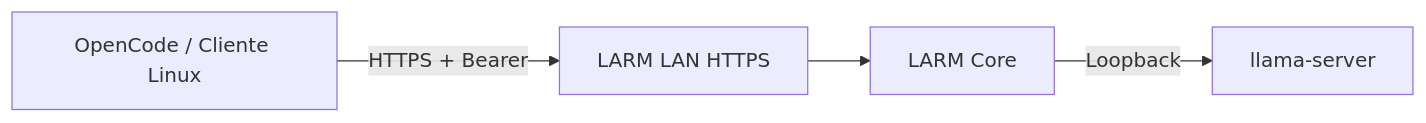
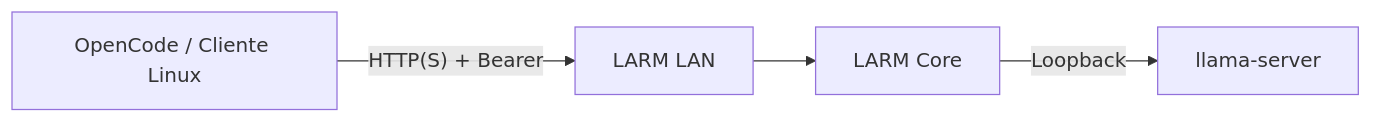
Before and after one commit to alexperezortuno/local-ai-runtime-manager: the diagram in README.md, drawn with Mermaid. The commit also changed other lines of this file and 11 other files, not shown here.

````diff
--- a/README.md
+++ b/README.md
@@ -96,6 +97,6 @@
 ```mermaid
 flowchart LR
-    A["OpenCode / Cliente Linux"] -->|"HTTPS + Bearer"| B["LARM LAN HTTPS"]
+    A["OpenCode / Cliente Linux"] -->|"HTTP(S) + Bearer"| B["LARM LAN"]
     B --> C["LARM Core"]
     C -->|"Loopback"| D["llama-server"]
 ```
````
